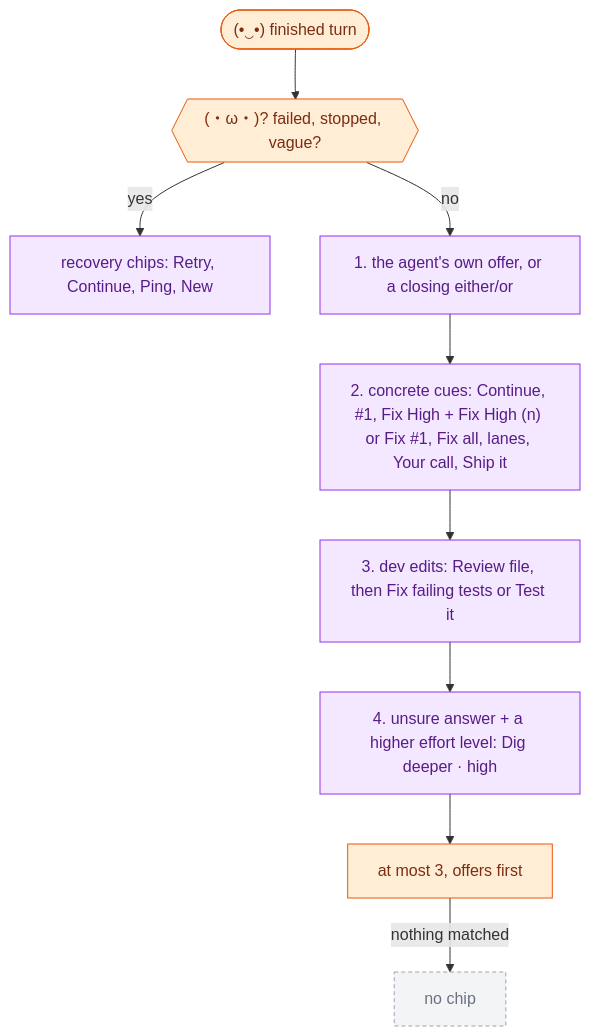
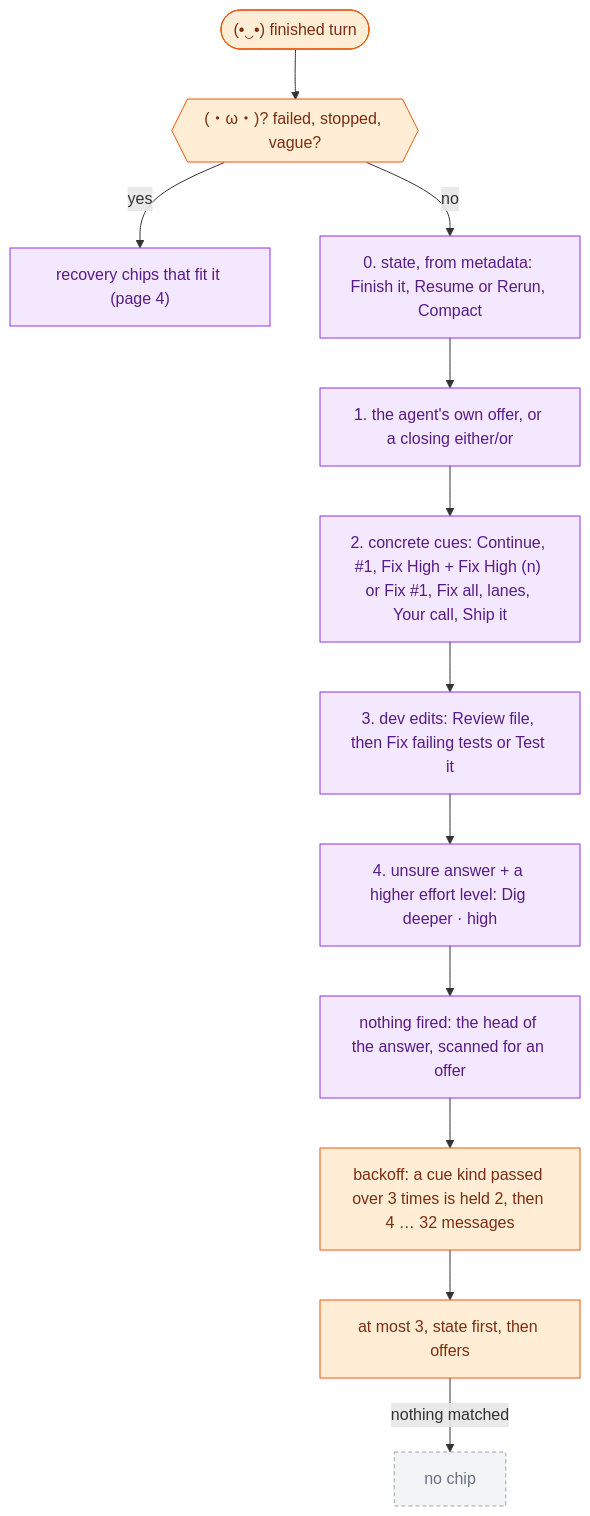
One commit to Artsrun/oc-copilot changed the second of 4 diagrams in docs/flow/07-lanes-chips-effort.md. Above: the diagram before and after it, drawn with Mermaid. The commit also changed other lines of this file and 18 other files, not shown here.

First line of the commit message:
Docs: flow pages, README, AGENTS and notes brought up to 0.0.236

````diff
--- a/docs/flow/07-lanes-chips-effort.md
+++ b/docs/flow/07-lanes-chips-effort.md
@@ -57,21 +64,24 @@
 ```mermaid
 flowchart TD
   classDef bridge fill:#ffedd5,stroke:#ea580c,color:#7c2d12
   classDef back fill:#f3e8ff,stroke:#9333ea,color:#581c87
   classDef off fill:#f3f4f6,stroke:#9ca3af,color:#6b7280,stroke-dasharray: 4 3
 
   F(["(•‿•) finished turn"]):::bridge
   OK{{"(・ω・)? failed, stopped, vague?"}}:::bridge
-  REC["recovery chips: Retry, Continue, Ping, New"]:::back
+  REC["recovery chips that fit it (page 4)"]:::back
+  ST["0. state, from metadata: Finish it, Resume or Rerun, Compact"]:::back
   OF["1. the agent's own offer, or a closing either/or"]:::back
   CUE["2. concrete cues: Continue, #1, Fix High + Fix High (n) or Fix #1, Fix all, lanes, Your call, Ship it"]:::back
   DEV["3. dev edits: Review file, then Fix failing tests or Test it"]:::back
   DD["4. unsure answer + a higher effort level: Dig deeper · high"]:::back
-  CAP["at most 3, offers first"]:::bridge
+  HEAD["nothing fired: the head of the answer, scanned for an offer"]:::back
+  HOLD["backoff: a cue kind passed over 3 times is held 2, then 4 … 32 messages"]:::bridge
+  CAP["at most 3, state first, then offers"]:::bridge
   NONE["no chip"]:::off
 
   F --> OK
   OK -->|yes| REC
-  OK -->|no| OF --> CUE --> DEV --> DD --> CAP
+  OK -->|no| ST --> OF --> CUE --> DEV --> DD --> HEAD --> HOLD --> CAP
   CAP -->|nothing matched| NONE
 ```
````
